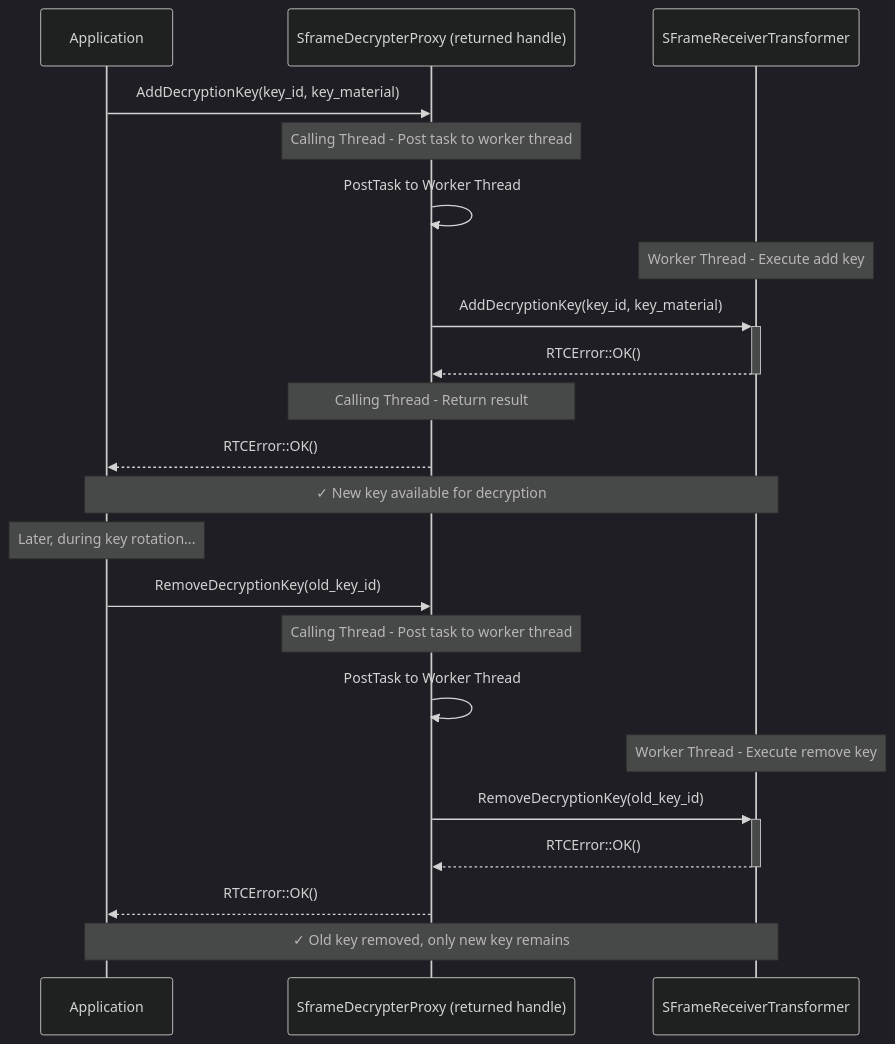
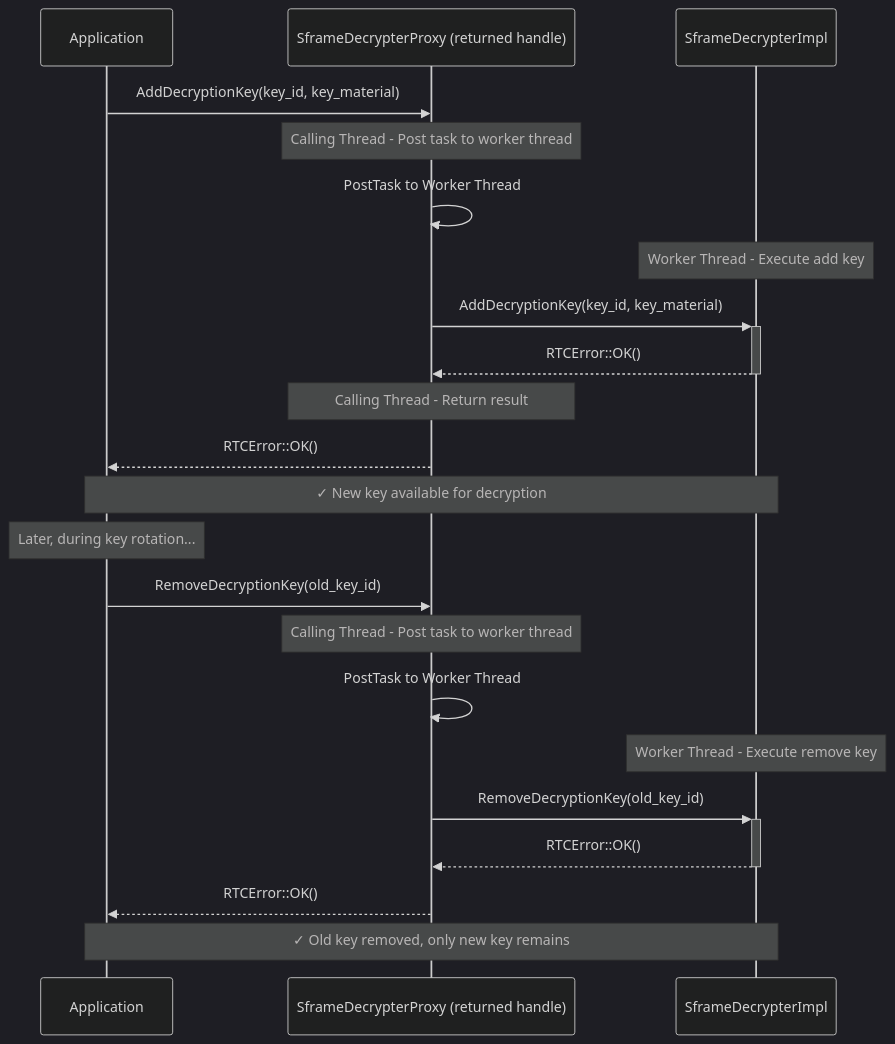
Diagram 11 of 13 in README.md (webex/webrtc-sframe), drawn with Mermaid (dark theme) before and after one commit. The commit also changed other lines of this file and 1 other file, not shown here.

Commit message:
remove references to old approach

````diff
--- a/README.md
+++ b/README.md
@@ -412,35 +366,35 @@
 ```mermaid
 sequenceDiagram
     participant App as Application
     participant Proxy as SframeDecrypterProxy (returned handle)
-    participant Transformer as SFrameReceiverTransformer
+    participant Decrypter as SframeDecrypterImpl
 
     App->>Proxy: AddDecryptionKey(key_id, key_material)
     
     Note over Proxy: Calling Thread - Post task to worker thread
     Proxy->>Proxy: PostTask to Worker Thread
     
-    Note over Transformer: Worker Thread - Execute add key
-    Proxy->>+Transformer: AddDecryptionKey(key_id, key_material)
-    Transformer-->>-Proxy: RTCError::OK()
+    Note over Decrypter: Worker Thread - Execute add key
+    Proxy->>+Decrypter: AddDecryptionKey(key_id, key_material)
+    Decrypter-->>-Proxy: RTCError::OK()
     
     Note over Proxy: Calling Thread - Return result
     Proxy-->>App: RTCError::OK()
     
-    Note over App,Transformer: ✓ New key available for decryption
+    Note over App,Decrypter: ✓ New key available for decryption
     
     Note over App: Later, during key rotation...
     
     App->>Proxy: RemoveDecryptionKey(old_key_id)
     
     Note over Proxy: Calling Thread - Post task to worker thread
     Proxy->>Proxy: PostTask to Worker Thread
     
-    Note over Transformer: Worker Thread - Execute remove key
-    Proxy->>+Transformer: RemoveDecryptionKey(old_key_id)
-    Transformer-->>-Proxy: RTCError::OK()
+    Note over Decrypter: Worker Thread - Execute remove key
+    Proxy->>+Decrypter: RemoveDecryptionKey(old_key_id)
+    Decrypter-->>-Proxy: RTCError::OK()
     
     Proxy-->>App: RTCError::OK()
     
-    Note over App,Transformer: ✓ Old key removed, only new key remains
+    Note over App,Decrypter: ✓ Old key removed, only new key remains
 ```
````
